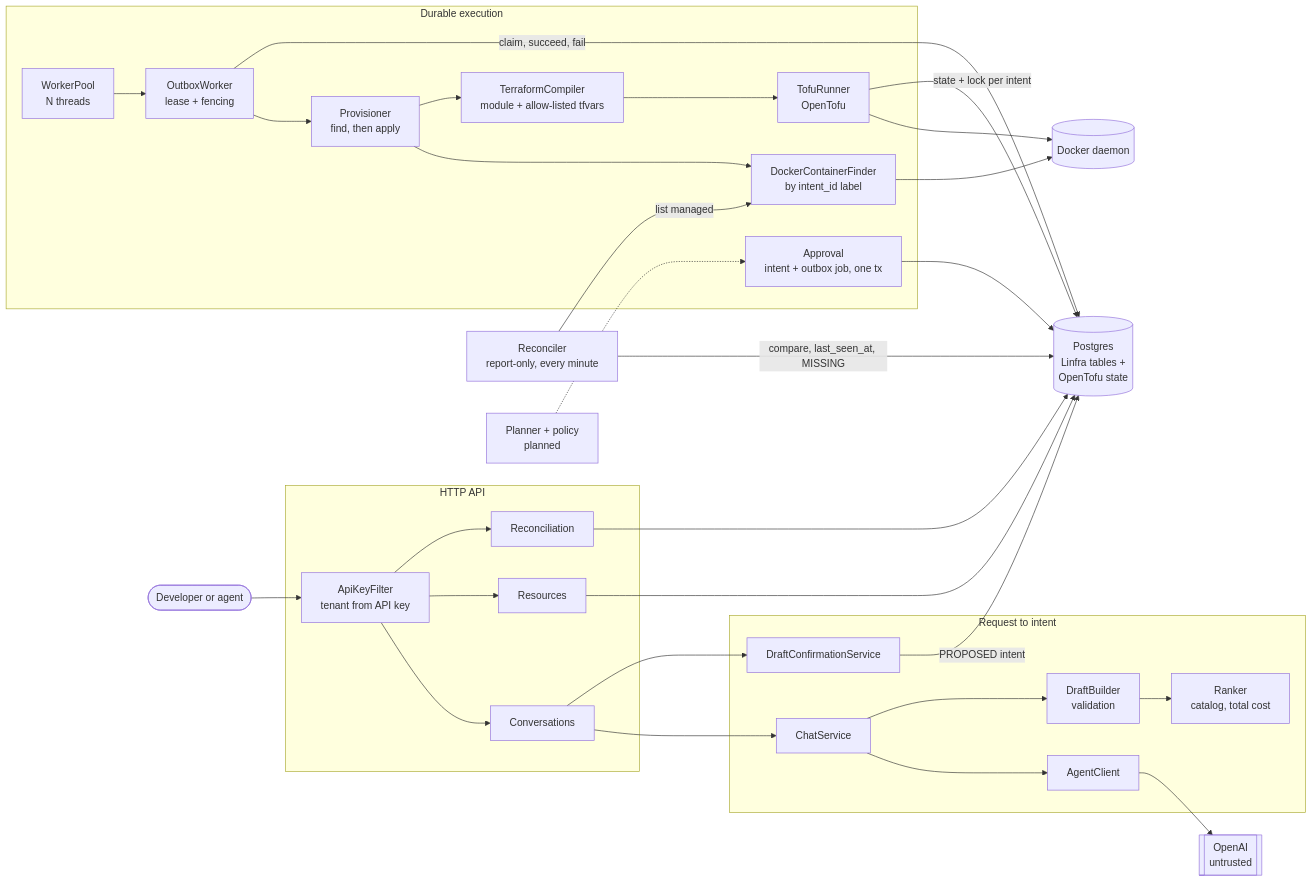
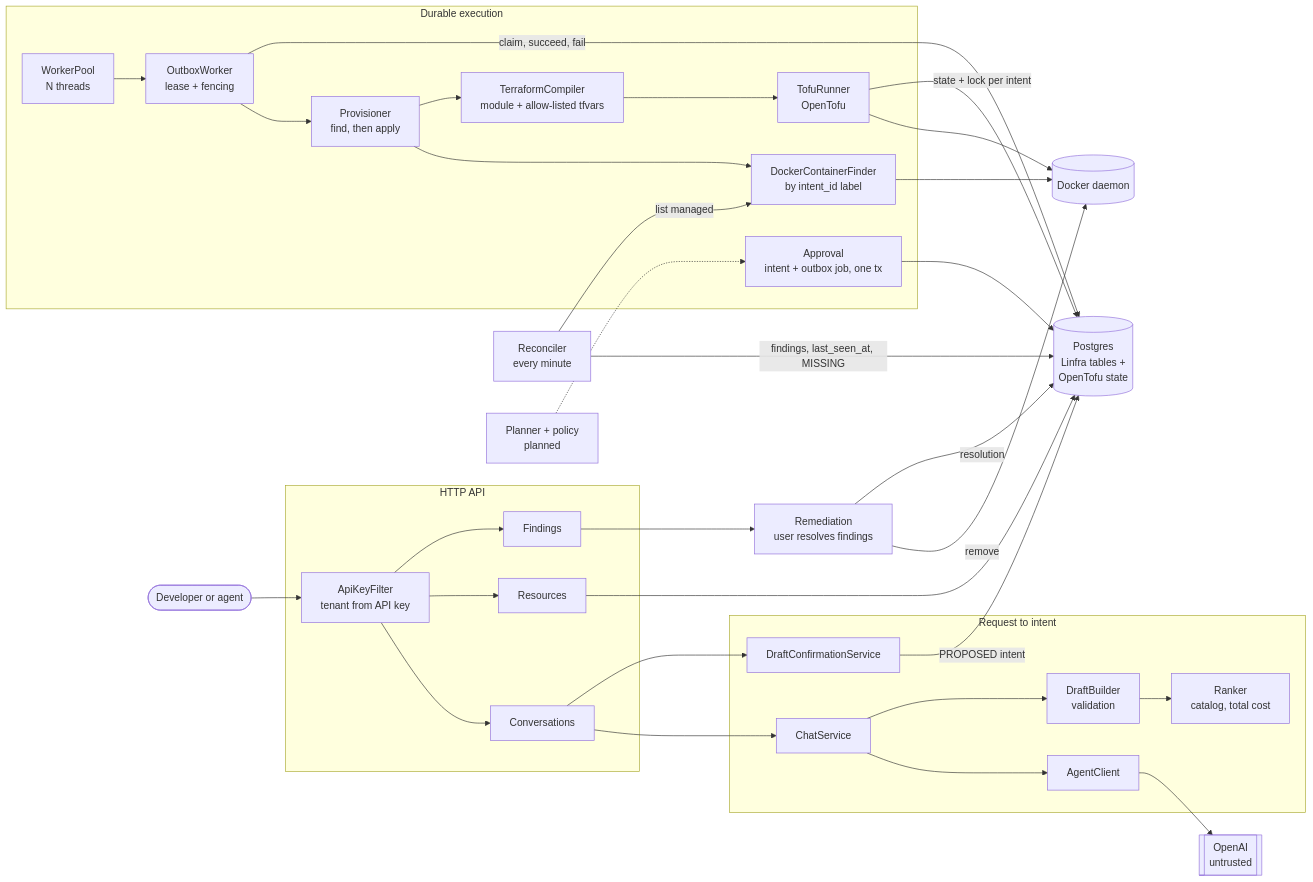
Before and after one commit to enismustafaj/linfra-be: the diagram in README.md, drawn with Mermaid. The commit also changed other lines of this file and 43 other files, not shown here.

````diff
--- a/README.md
+++ b/README.md
@@ -30,51 +30,55 @@
 ```mermaid
 flowchart LR
     client([Developer or agent])
     llm[[OpenAI<br/>untrusted]]
     docker[(Docker daemon)]
 
     subgraph api[HTTP API]
         auth[ApiKeyFilter<br/>tenant from API key]
         conv[Conversations]
         res[Resources]
-        recapi[Reconciliation]
+        findapi[Findings]
     end
 
     subgraph chat[Request to intent]
         chatsvc[ChatService]
         agent[AgentClient]
         drafts[DraftBuilder<br/>validation]
         ranker[Ranker<br/>catalog, total cost]
         confirm[DraftConfirmationService]
     end
 
     subgraph exec[Durable execution]
         approve[Approval<br/>intent + outbox job, one tx]
         pool[WorkerPool<br/>N threads]
         worker[OutboxWorker<br/>lease + fencing]
         prov[Provisioner<br/>find, then apply]
         compiler[TerraformCompiler<br/>module + allow-listed tfvars]
         tofu[TofuRunner<br/>OpenTofu]
         finder[DockerContainerFinder<br/>by intent_id label]
     end
 
-    recon[Reconciler<br/>report-only, every minute]
+    recon[Reconciler<br/>every minute]
+    remed[Remediation<br/>user resolves findings]
     planned[Planner + policy<br/>planned]
 
     db[(Postgres<br/>Linfra tables +<br/>OpenTofu state)]
 
-    client --> auth --> conv & res & recapi
+    client --> auth --> conv & res & findapi
     conv --> chatsvc --> agent --> llm
     chatsvc --> drafts --> ranker
     conv --> confirm
     confirm -- PROPOSED intent --> db
     planned -.-> approve --> db
     pool --> worker --> prov
     worker -- claim, succeed, fail --> db
     prov --> finder --> docker
     prov --> compiler --> tofu --> docker
     tofu -- state + lock per intent --> db
     recon -- list managed --> finder
-    recon -- compare, last_seen_at, MISSING --> db
-    res & recapi --> db
+    recon -- findings, last_seen_at, MISSING --> db
+    findapi --> remed
+    remed -- remove --> docker
+    remed -- resolution --> db
+    res --> db
 ```
````
